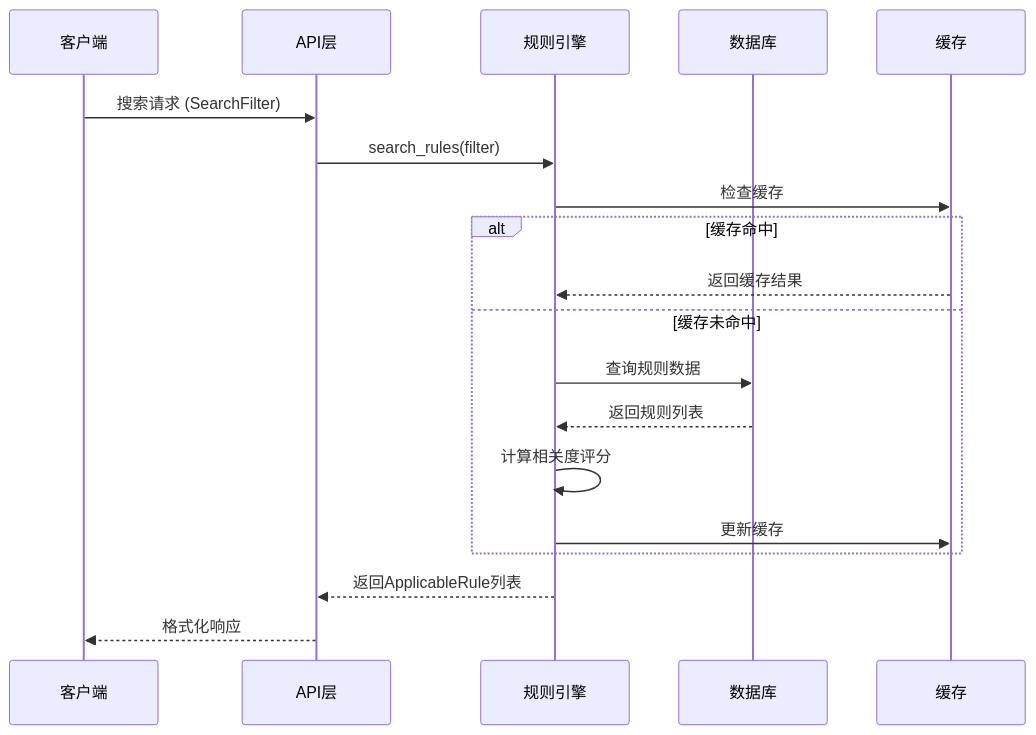
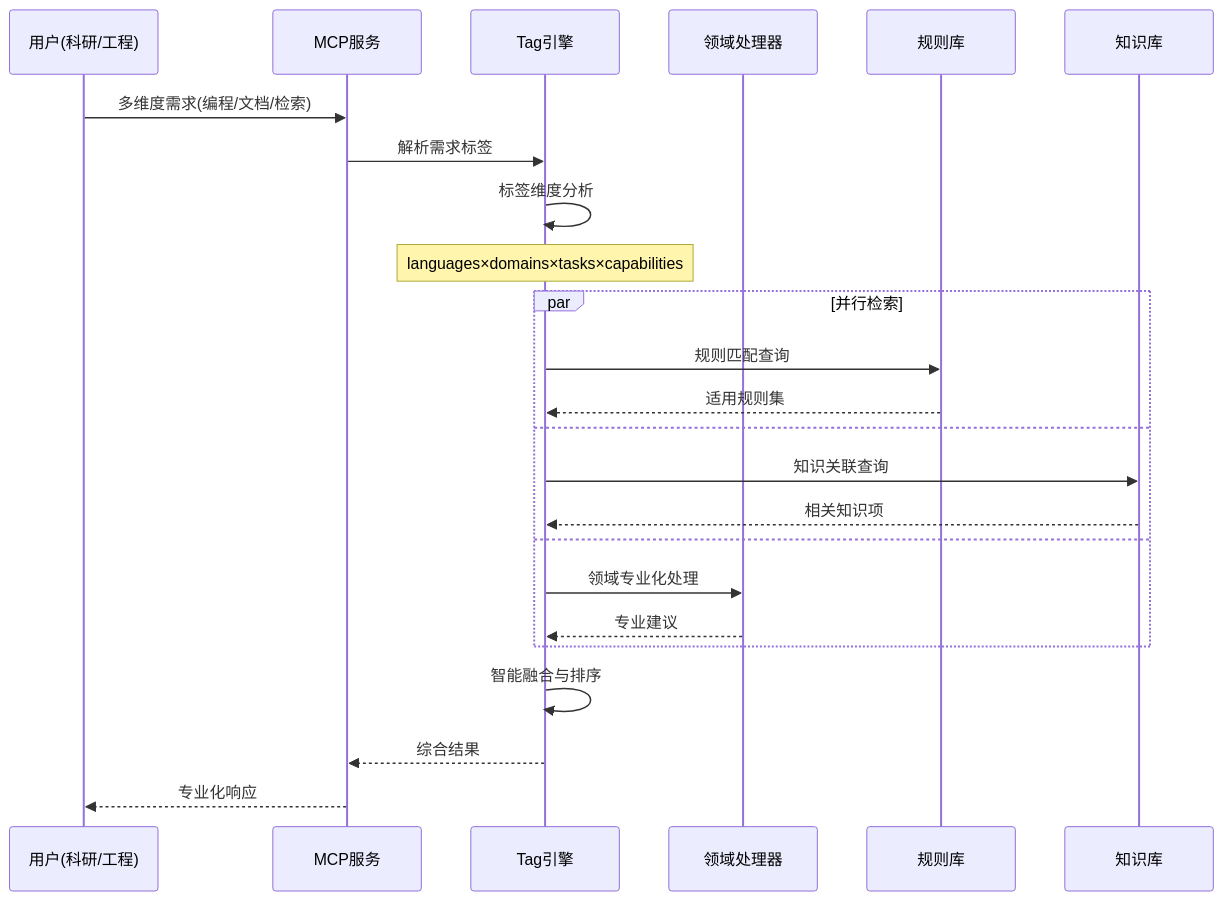
Before and after one commit to Mapoet/cursorrules-mcp: the fifth of 12 diagrams in docs/techs.md, drawn with Mermaid. The commit also changed other lines of this file and 8 other files, not shown here.

````diff
--- a/docs/techs.md
+++ b/docs/techs.md
@@ -203,24 +256,30 @@
 ```mermaid
 sequenceDiagram
-    participant Client as 客户端
-    participant API as API层
-    participant Engine as 规则引擎
-    participant DB as 数据库
-    participant Cache as 缓存
+    participant User as 用户(科研/工程)
+    participant MCP as MCP服务
+    participant TagEngine as Tag引擎
+    participant DomainProc as 领域处理器
+    participant RuleDB as 规则库
+    participant KnowledgeBase as 知识库
     
-    Client->>API: 搜索请求 (SearchFilter)
-    API->>Engine: search_rules(filter)
+    User->>MCP: 多维度需求(编程/文档/检索)
+    MCP->>TagEngine: 解析需求标签
     
-    Engine->>Cache: 检查缓存
-    alt 缓存命中
-        Cache-->>Engine: 返回缓存结果
-    else 缓存未命中
-        Engine->>DB: 查询规则数据
-        DB-->>Engine: 返回规则列表
-        Engine->>Engine: 计算相关度评分
-        Engine->>Cache: 更新缓存
+    TagEngine->>TagEngine: 标签维度分析
+    Note over TagEngine: languages×domains×tasks×capabilities
+    
+    par 并行检索
+        TagEngine->>RuleDB: 规则匹配查询
+        RuleDB-->>TagEngine: 适用规则集
+    and
+        TagEngine->>KnowledgeBase: 知识关联查询
+        KnowledgeBase-->>TagEngine: 相关知识项
+    and
+        TagEngine->>DomainProc: 领域专业化处理
+        DomainProc-->>TagEngine: 专业建议
     end
     
-    Engine-->>API: 返回ApplicableRule列表
-    API-->>Client: 格式化响应
+    TagEngine->>TagEngine: 智能融合与排序
+    TagEngine-->>MCP: 综合结果
+    MCP-->>User: 专业化响应
 ```
````
